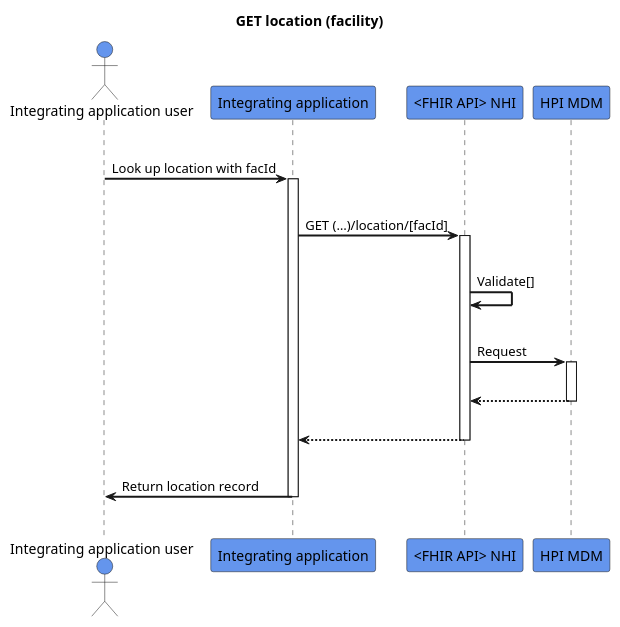
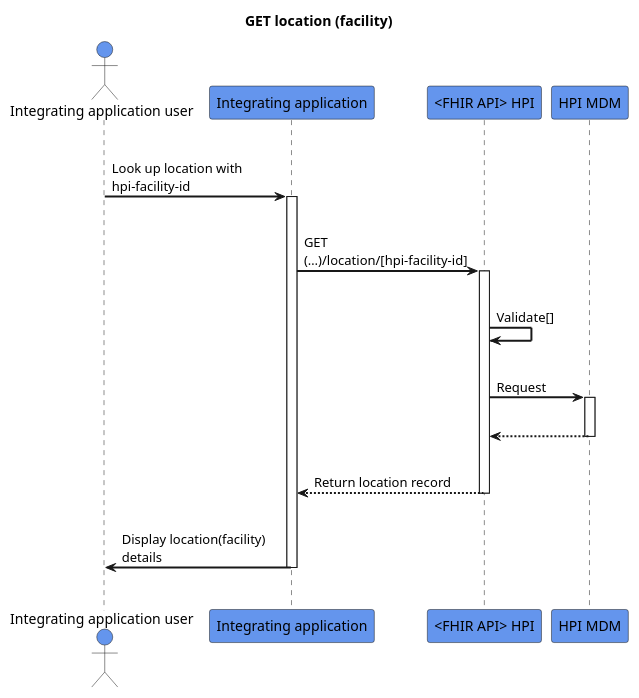
Before and after one commit to HL7NZ/hpi: the diagram in input/images-source/get-location.plantuml, drawn with PlantUML.

```diff
--- a/input/images-source/get-location.plantuml
+++ b/input/images-source/get-location.plantuml
@@ -1,33 +1,33 @@
 @startuml
 skinparam sequenceArrowThickness 2
 skinparam roundcorner 5
 skinparam maxmessagesize 180
 skinparam sequenceParticipant bold
 title GET location (facility) 
 actor "Integrating application user" as User #CornflowerBlue
 participant "Integrating application" as A #CornflowerBlue
-participant "<FHIR API> NHI" as B #CornflowerBlue
+participant "<FHIR API> HPI" as B #CornflowerBlue
 participant "HPI MDM" as C #CornflowerBlue
 |||
-User -> A: Look up location with facId
+User -> A: Look up location with hpi-facility-id
 activate A
 |||
-A -> B: GET (…)/location/[facId]
+A -> B: GET (…)/location/[hpi-facility-id]
 activate B
 |||
 B -> B: Validate[]
 |||
 B -> C: Request
 activate C
 |||
 
 C -[dashed]-> B:  
 deactivate C
 |||
-B -[dashed]-> A:
+B -[dashed]-> A:Return location record
 deactivate B
 |||
-A -> User: Return location record
+A -> User: Display location(facility) details
 deactivate A
 |||
 @enduml
```
